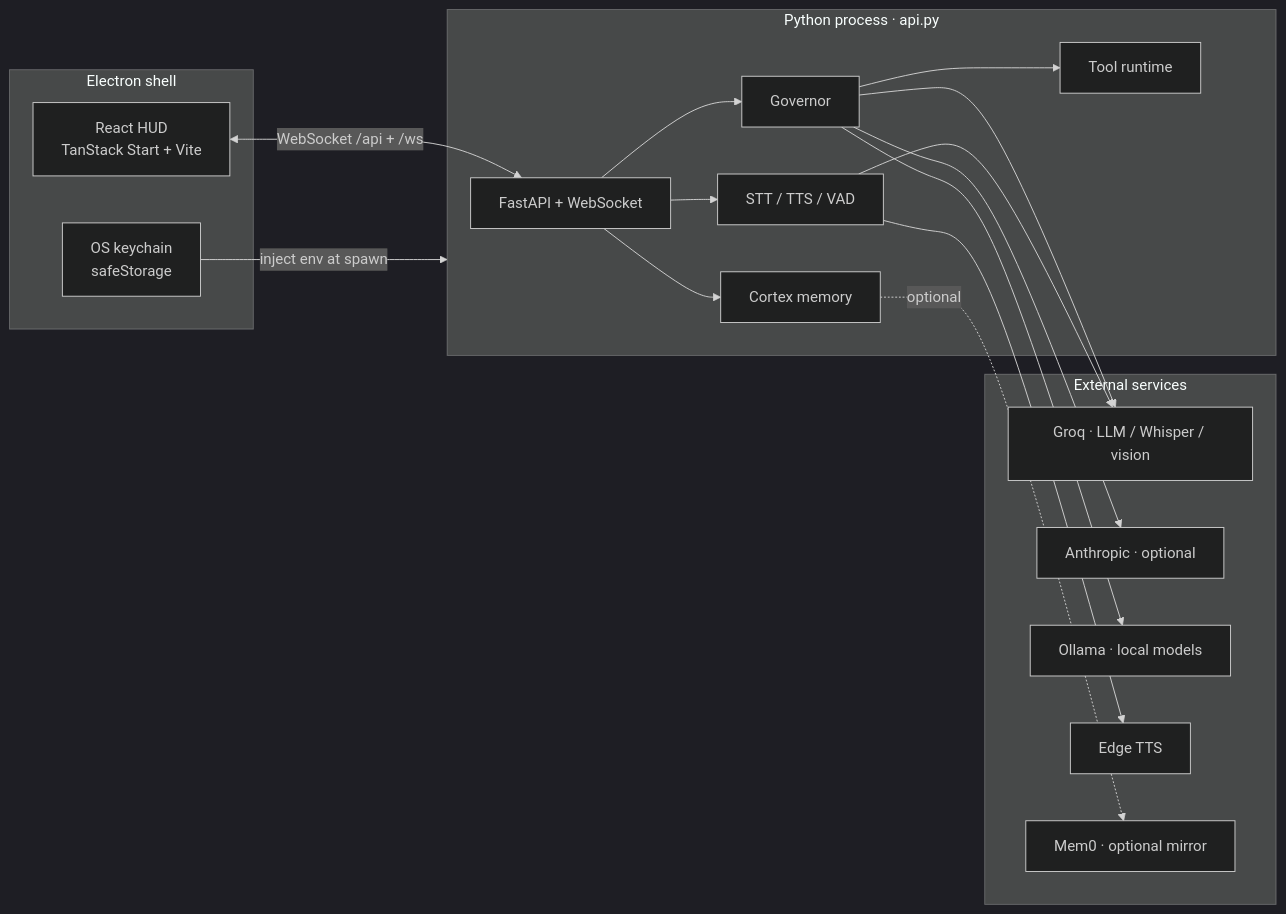
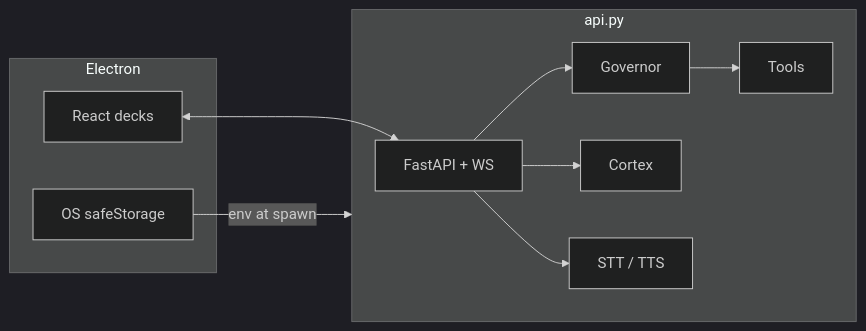
Before and after one commit to roshansrikanth21/jarv1s: the diagram in README.md, drawn with Mermaid (dark theme). The commit also changed other lines of this file and 32 other files, not shown here.

````diff
--- a/README.md
+++ b/README.md
@@ -71,35 +33,19 @@
 ```mermaid
 flowchart LR
-  subgraph Desktop["Electron shell"]
-    UI["React HUD<br/>TanStack Start + Vite"]
-    Keys["OS keychain<br/>safeStorage"]
+  subgraph Desktop["Electron"]
+    UI["React decks"]
+    Keys["OS safeStorage"]
   end
-
-  subgraph Backend["Python process · api.py"]
-    WS["FastAPI + WebSocket"]
+  subgraph Backend["api.py"]
+    WS["FastAPI + WS"]
     Gov["Governor"]
-    Cortex["Cortex memory"]
-    Tools["Tool runtime"]
-    Voice["STT / TTS / VAD"]
+    Cortex["Cortex"]
+    Tools["Tools"]
+    Voice["STT / TTS"]
   end
-
-  subgraph External["External services"]
-    Groq["Groq · LLM / Whisper / vision"]
-    Claude["Anthropic · optional"]
-    Ollama["Ollama · local models"]
-    Edge["Edge TTS"]
-    Mem0["Mem0 · optional mirror"]
-  end
-
-  UI <-->|WebSocket /api + /ws| WS
-  Keys -->|inject env at spawn| Backend
+  UI <--> WS
+  Keys -->|env at spawn| Backend
   WS --> Gov --> Tools
   WS --> Cortex
   WS --> Voice
-  Gov --> Groq
-  Gov --> Claude
-  Gov --> Ollama
-  Voice --> Edge
-  Voice --> Groq
-  Cortex -.->|optional| Mem0
 ```
````
